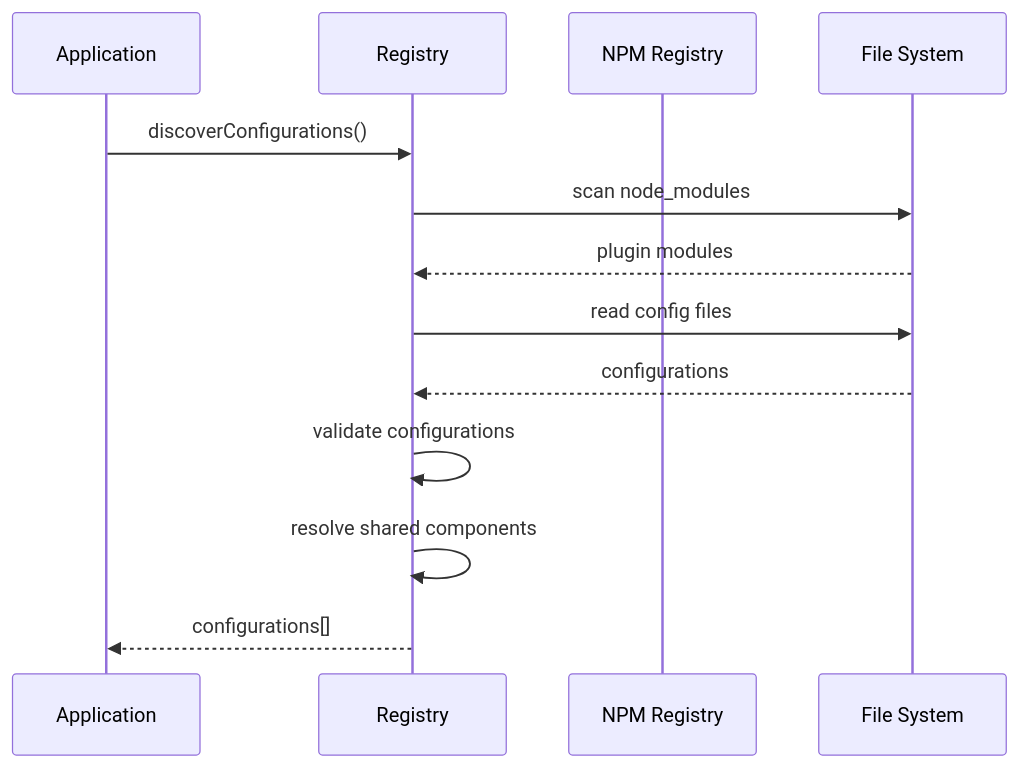
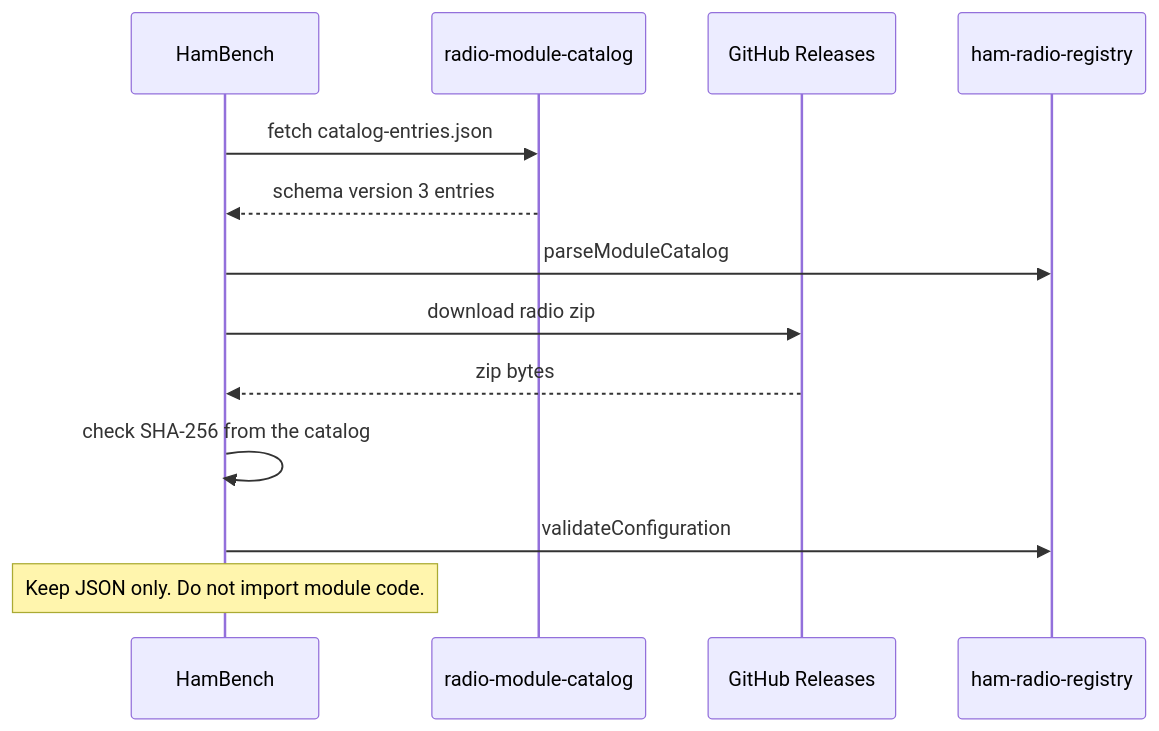
Before and after one commit to springfield-ham-radio/ham-radio-docs: the fourth of 4 diagrams in docs/developer/architecture.md, drawn with Mermaid. The commit also changed other lines of this file and 47 other files, not shown here.

First line of the commit message:
docs: guide manufacturers through a HamBench radio driver (#31)

````diff
--- a/docs/developer/architecture.md
+++ b/docs/developer/architecture.md
@@ -301,16 +234,15 @@
 ```mermaid
 sequenceDiagram
-    participant App as Application
-    participant Registry as Registry
-    participant NPM as NPM Registry
-    participant FS as File System
-    
-    App->>Registry: discoverConfigurations()
-    Registry->>FS: scan node_modules
-    FS-->>Registry: plugin modules
-    Registry->>FS: read config files
-    FS-->>Registry: configurations
-    Registry->>Registry: validate configurations
-    Registry->>Registry: resolve shared components
-    Registry-->>App: configurations[]
+  participant App as HamBench
+  participant Cat as radio-module-catalog
+  participant Rel as GitHub Releases
+  participant Reg as ham-radio-registry
+  App->>Cat: fetch catalog-entries.json
+  Cat-->>App: schema version 3 entries
+  App->>Reg: parseModuleCatalog
+  App->>Rel: download radio zip
+  Rel-->>App: zip bytes
+  App->>App: check SHA-256 from the catalog
+  App->>Reg: validateConfiguration
+  Note over App: Keep JSON only. Do not import module code.
 ```
````
